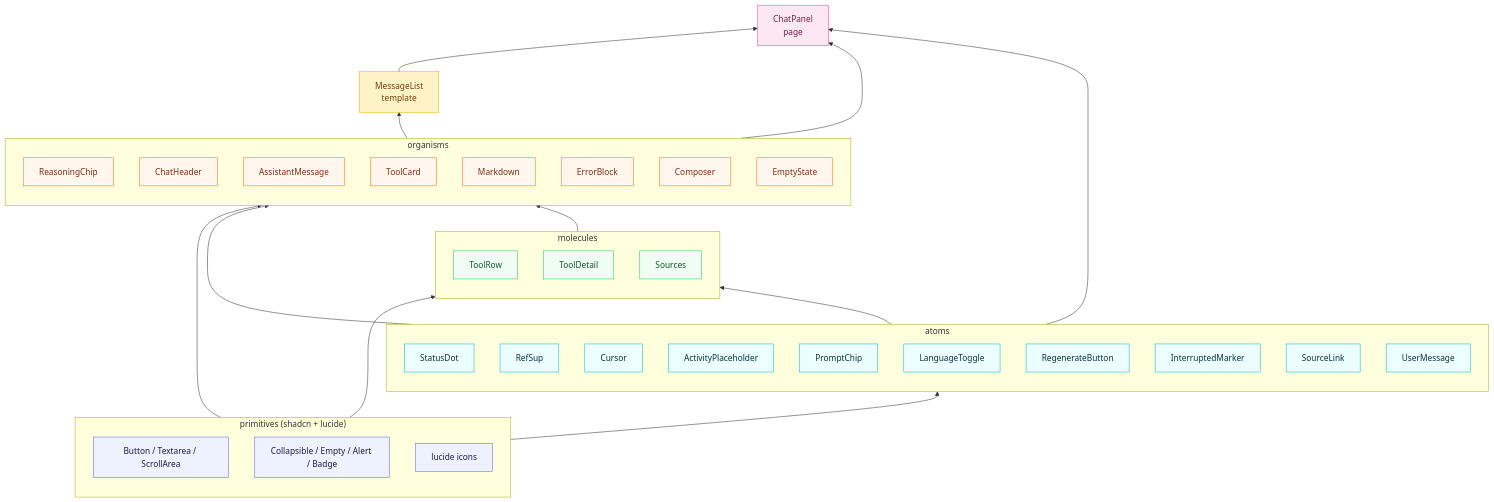
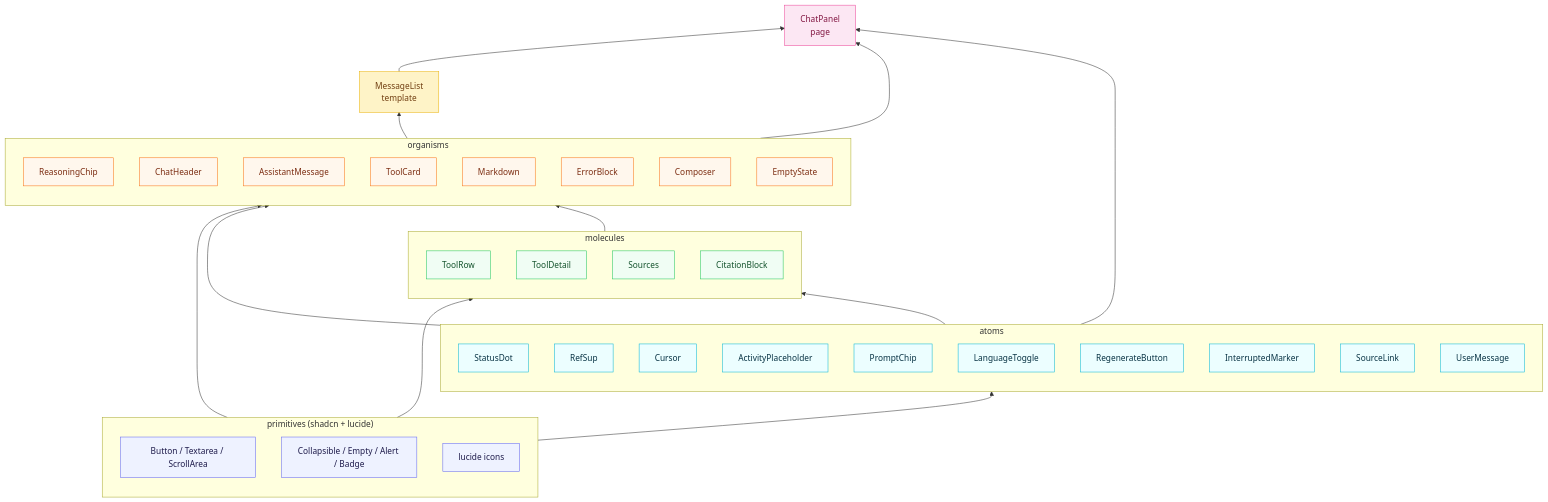
The first of 4 diagrams in docs/frontend_chat_architecture.md (wei-yiting/fin-lab-x), drawn with Mermaid before and after one commit. The commit also changed other lines of this file and 20 other files, not shown here.

````diff
--- a/docs/frontend_chat_architecture.md
+++ b/docs/frontend_chat_architecture.md
@@ -15,66 +15,67 @@
 ```mermaid
 flowchart BT
     subgraph primitives["primitives (shadcn + lucide)"]
         P1[Button / Textarea / ScrollArea]
         P2[Collapsible / Empty / Alert / Badge]
         P3[lucide icons]
     end
 
     subgraph atoms
         StatusDot
         RefSup
         Cursor
         ActivityPlaceholder
         PromptChip
         LanguageToggle
         RegenerateButton
         InterruptedMarker
         SourceLink
         UserMessage
     end
 
     subgraph molecules
         ToolRow
         ToolDetail
         Sources
+        CitationBlock
     end
 
     subgraph organisms
         ReasoningChip
         ChatHeader
         AssistantMessage
         ToolCard
         Markdown
         ErrorBlock
         Composer
         EmptyState
     end
 
     MessageList[MessageList<br/>template]
     ChatPanel[ChatPanel<br/>page]
 
     primitives --> atoms
     primitives --> molecules
     primitives --> organisms
     atoms --> molecules
     atoms --> organisms
     molecules --> organisms
     organisms --> MessageList
     MessageList --> ChatPanel
     organisms --> ChatPanel
     atoms --> ChatPanel
 
     classDef primitiveCls fill:#eef2ff,stroke:#6366f1,color:#1e1b4b
     classDef atomCls fill:#ecfeff,stroke:#06b6d4,color:#083344
     classDef moleculeCls fill:#f0fdf4,stroke:#22c55e,color:#14532d
     classDef organismCls fill:#fff7ed,stroke:#f97316,color:#7c2d12
     classDef templateCls fill:#fef3c7,stroke:#eab308,color:#713f12
     classDef pageCls fill:#fce7f3,stroke:#ec4899,color:#831843
 
     class P1,P2,P3 primitiveCls
     class StatusDot,RefSup,Cursor,ActivityPlaceholder,PromptChip,LanguageToggle,RegenerateButton,InterruptedMarker,SourceLink,UserMessage atomCls
-    class ToolRow,ToolDetail,Sources moleculeCls
+    class ToolRow,ToolDetail,Sources,CitationBlock moleculeCls
     class ReasoningChip,ChatHeader,AssistantMessage,ToolCard,Markdown,ErrorBlock,Composer,EmptyState organismCls
     class MessageList templateCls
     class ChatPanel pageCls
 ```
````
